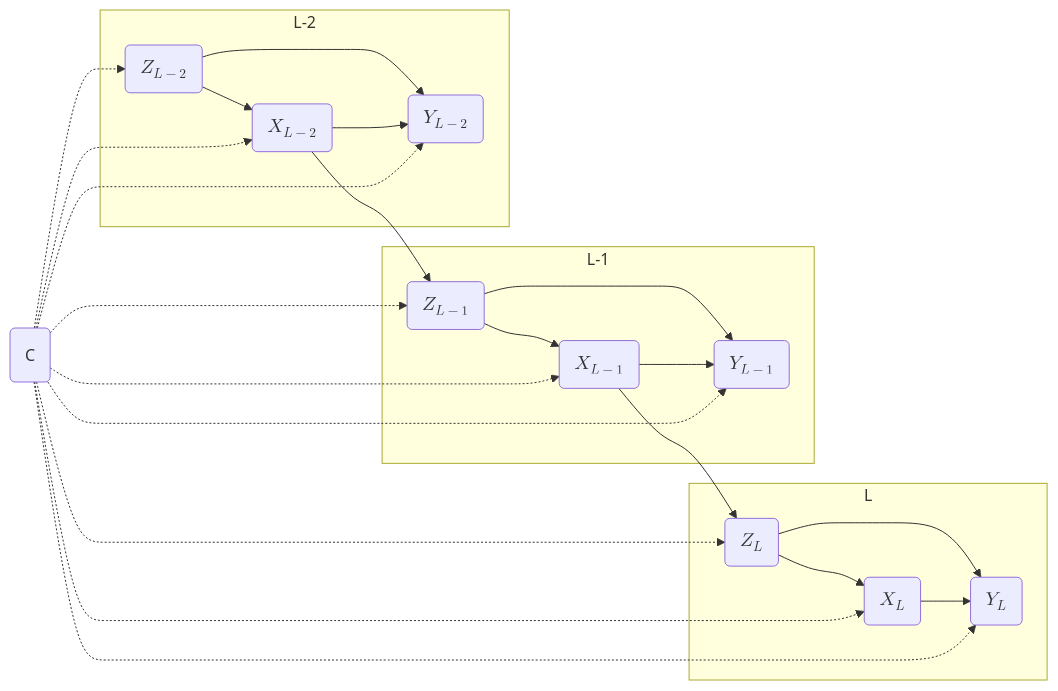
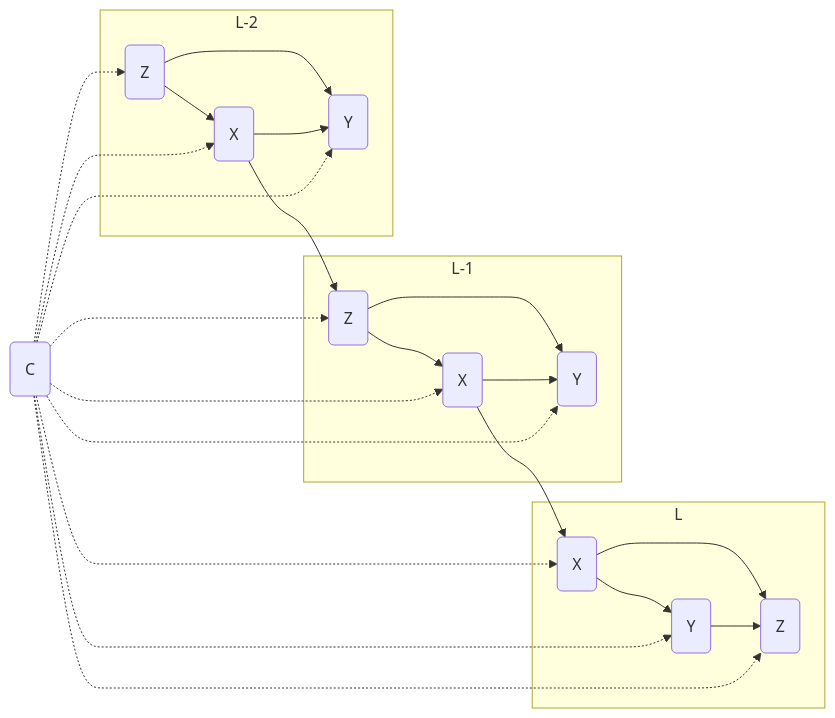
The diagram in README.md (rje42/survivl), drawn with Mermaid before and after one commit. The commit also changed 1 other file, not shown here.

Commit message:
github not updated mermaid

````diff
--- a/README.md
+++ b/README.md
@@ -20,25 +20,25 @@
 ```mermaid
 flowchart LR
  subgraph subgraph_okl5wt31b["L"]
-        D("$$Z_L$$")
-        E("$$X_L$$")
-        F("$$Y_L$$")
+        D(X)
+        E(Y)
+        F(Z)
   end
  subgraph subgraph_xvj607dzn["L-1"]
-        B("$$X_{L-1}$$")
-        C("$$Y_{L-1}$$")
-        A("$$Z_{L-1}$$")
+        B(X)
+        C(Y)
+        A(Z)
   end
  subgraph subgraph_xvj607dza["L-2"]
-        G("$$X_{L-2}$$")
-        H("$$Y_{L-2}$$")
-        I("$$Z_{L-2}$$")
+        G(X)
+        H(Y)
+        I(Z)
   end
     A --> B & C
     B --> C & D
     D --> E & F
     E --> F
     I --> H & G
     G --> H & A
     CC("C") -.-> A & B & C & D & E & F & G & H & I
 ```
````
